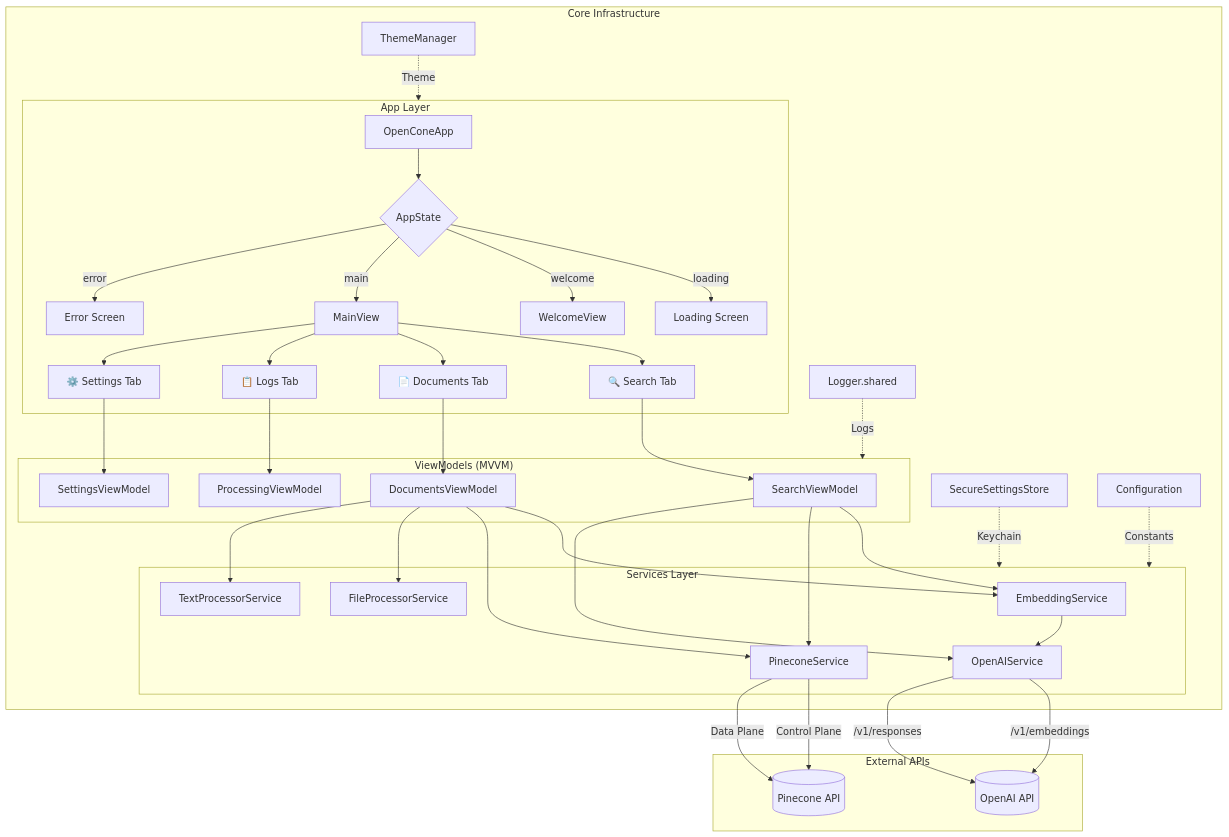
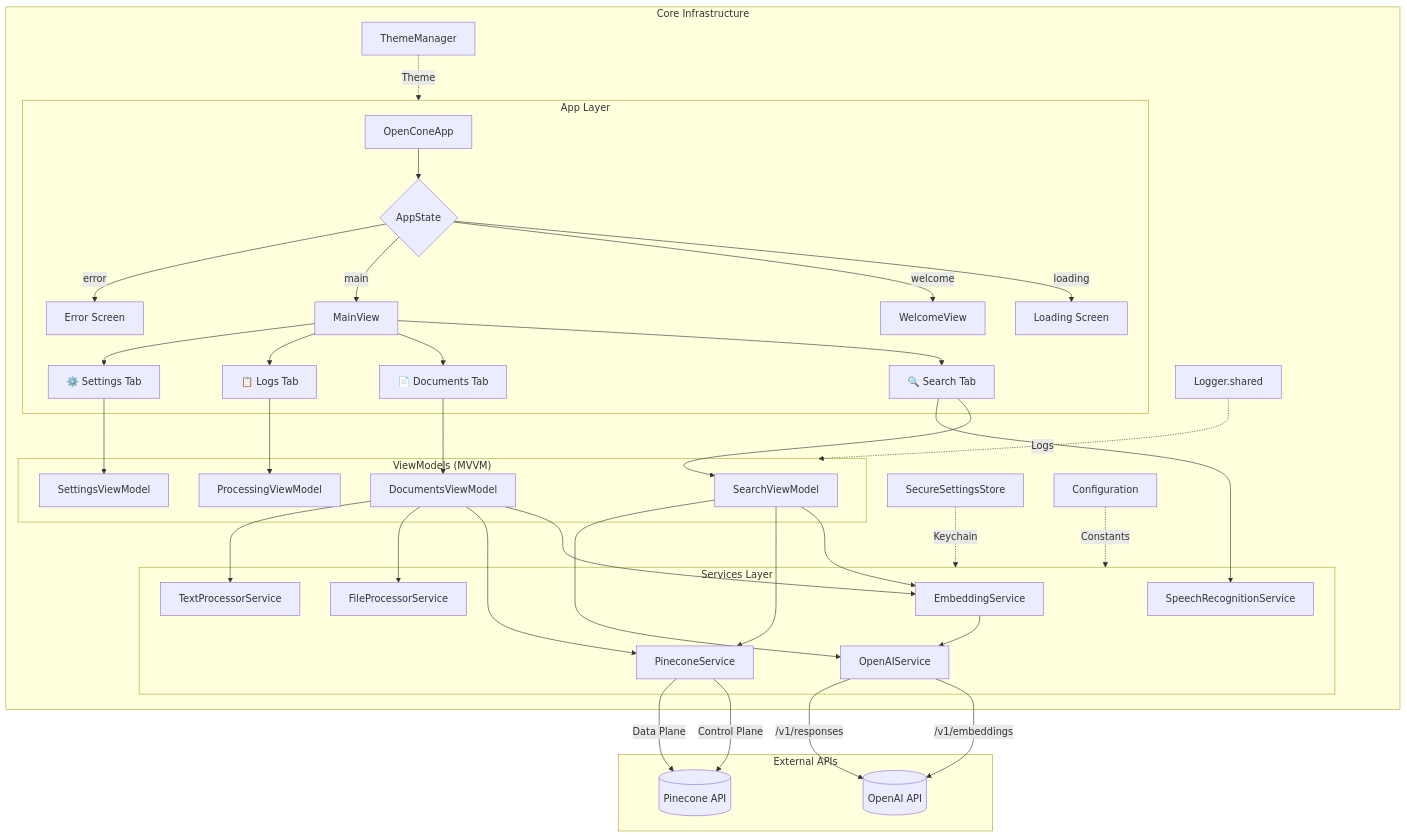
One commit to Gunnarguy/OpenCone changed the first of 5 diagrams in ARCHITECTURE.md. Above: the diagram before and after it, drawn with Mermaid. The commit also changed other lines of this file and 6 other files, not shown here.

First line of the commit message:
chore: update documentation and architecture to reflect new speech recognition features

````diff
--- a/ARCHITECTURE.md
+++ b/ARCHITECTURE.md
@@ -9,44 +9,45 @@
 ```mermaid
 flowchart TB
     subgraph App["App Layer"]
         OCA[OpenConeApp] --> AS{AppState}
         AS -->|loading| LS[Loading Screen]
         AS -->|welcome| WV[WelcomeView]
         AS -->|main| MV[MainView]
         AS -->|error| EV[Error Screen]
         MV --> T1[🔍 Search Tab]
         MV --> T2[📄 Documents Tab]
         MV --> T3[📋 Logs Tab]
         MV --> T4[⚙️ Settings Tab]
     end
 
     subgraph ViewModels["ViewModels (MVVM)"]
         T1 --> SVM[SearchViewModel]
         T2 --> DVM[DocumentsViewModel]
         T3 --> PVM[ProcessingViewModel]
         T4 --> STVM[SettingsViewModel]
     end
 
     subgraph Services["Services Layer"]
         SVM & DVM --> ES[EmbeddingService]
         SVM & DVM --> PS[PineconeService]
         SVM --> OAS[OpenAIService]
         DVM --> FPS[FileProcessorService]
         DVM --> TPS[TextProcessorService]
         ES --> OAS
+        T1 --> SRS[SpeechRecognitionService]
     end
 
     subgraph External["External APIs"]
         OAS -->|/v1/embeddings| OAI[(OpenAI API)]
         OAS -->|/v1/responses| OAI
         PS -->|Control Plane| PC[(Pinecone API)]
         PS -->|Data Plane| PC
     end
 
     subgraph Core["Core Infrastructure"]
         SSS[SecureSettingsStore] -.->|Keychain| Services
         LOG[Logger.shared] -.->|Logs| ViewModels
         CFG[Configuration] -.->|Constants| Services
         TM[ThemeManager] -.->|Theme| App
     end
 ```
````
